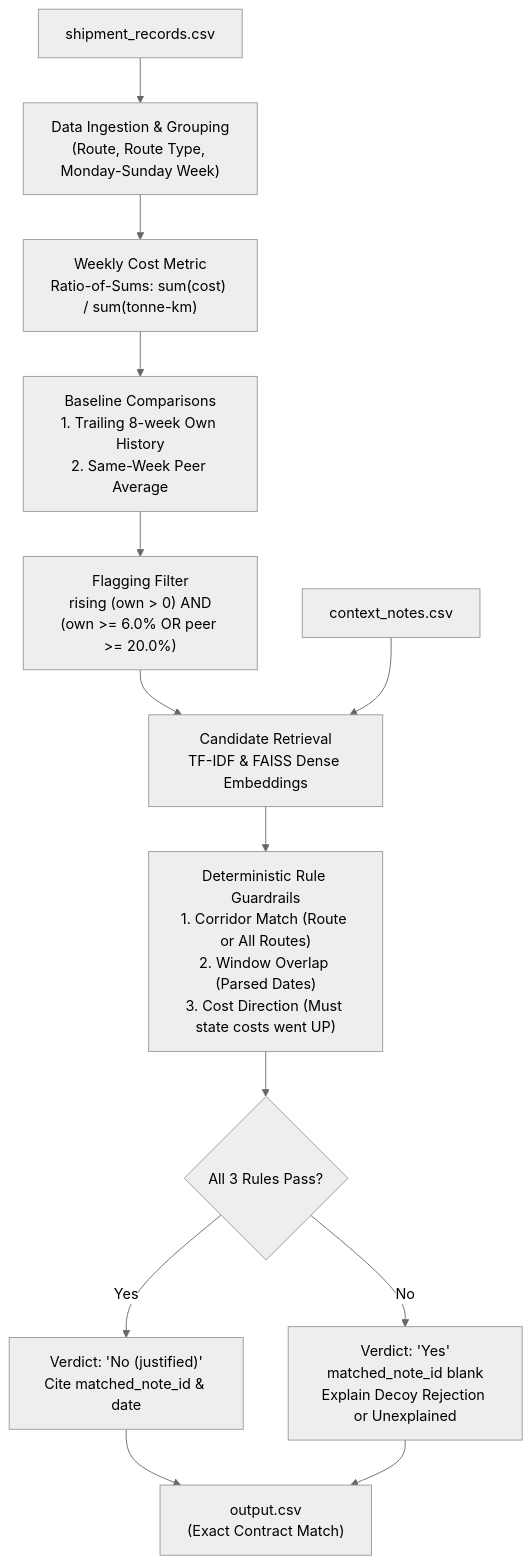
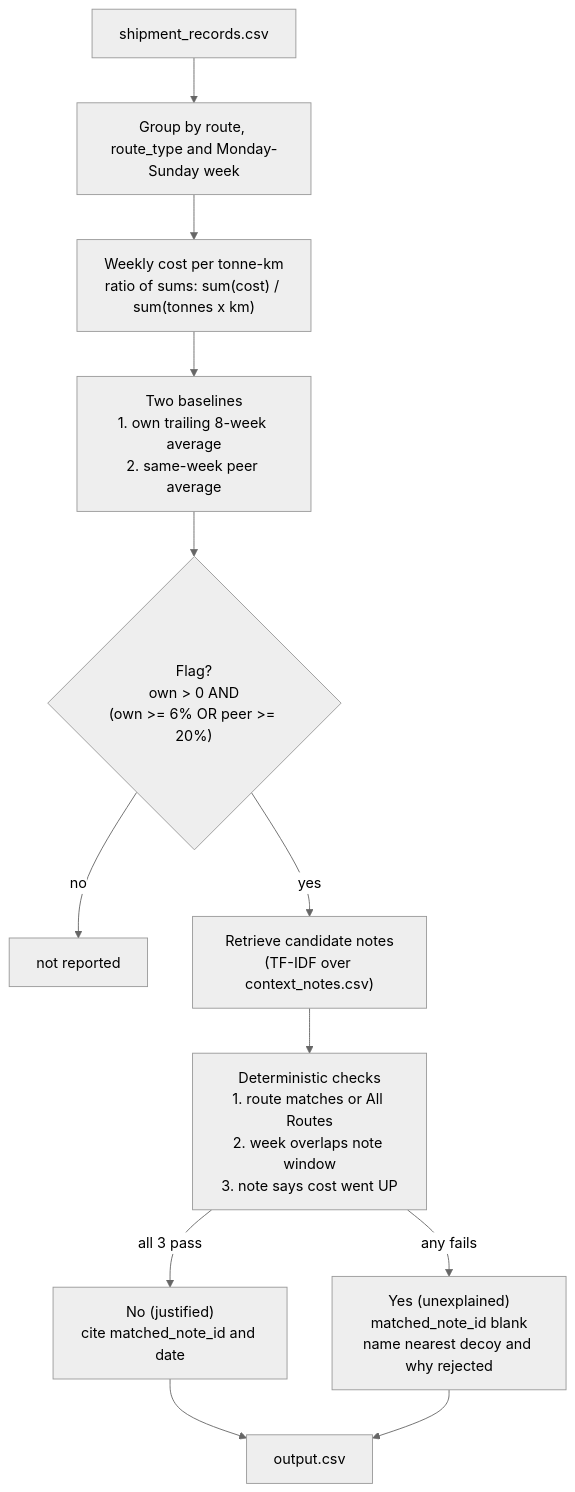
Before and after one commit to shreysherikar/freight-tiger-cost-anomaly-assistant: the first of 2 diagrams in README.md, drawn with Mermaid (neutral theme). The commit also changed other lines of this file and 2 other files, not shown here.

````diff
--- a/README.md
+++ b/README.md
@@ -101,15 +72,14 @@
 ```mermaid
 flowchart TD
-    A["shipment_records.csv"] --> B["Data Ingestion & Grouping<br/>(Route, Route Type, Monday-Sunday Week)"]
-    B --> C["Weekly Cost Metric<br/>Ratio-of-Sums: sum(cost) / sum(tonne-km)"]
-    C --> D["Baseline Comparisons<br/>1. Trailing 8-week Own History<br/>2. Same-Week Peer Average"]
-    D --> E["Flagging Filter<br/>rising (own > 0) AND<br/>(own >= 6.0% OR peer >= 20.0%)"]
-    E --> F["Candidate Retrieval<br/>TF-IDF & FAISS Dense Embeddings"]
-    G["context_notes.csv"] --> F
-    F --> H["Deterministic Rule Guardrails<br/>1. Corridor Match (Route or All Routes)<br/>2. Window Overlap (Parsed Dates)<br/>3. Cost Direction (Must state costs went UP)"]
-    H --> I{"All 3 Rules Pass?"}
-    I -- Yes --> J["Verdict: 'No (justified)'<br/>Cite matched_note_id & date"]
-    I -- No --> K["Verdict: 'Yes'<br/>matched_note_id blank<br/>Explain Decoy Rejection or Unexplained"]
-    J --> L["output.csv<br/>(Exact Contract Match)"]
-    K --> L
+    A["shipment_records.csv"] --> B["Group by route, route_type and Monday-Sunday week"]
+    B --> C["Weekly cost per tonne-km<br/>ratio of sums: sum(cost) / sum(tonnes x km)"]
+    C --> D["Two baselines<br/>1. own trailing 8-week average<br/>2. same-week peer average"]
+    D --> E{"Flag?<br/>own > 0 AND<br/>(own >= 6% OR peer >= 20%)"}
+    E -- no --> Z["not reported"]
+    E -- yes --> F["Retrieve candidate notes<br/>(TF-IDF over context_notes.csv)"]
+    F --> G["Deterministic checks<br/>1. route matches or All Routes<br/>2. week overlaps note window<br/>3. note says cost went UP"]
+    G -- all 3 pass --> H["No (justified)<br/>cite matched_note_id and date"]
+    G -- any fails --> I["Yes (unexplained)<br/>matched_note_id blank<br/>name nearest decoy and why rejected"]
+    H --> J["output.csv"]
+    I --> J
 ```
````
